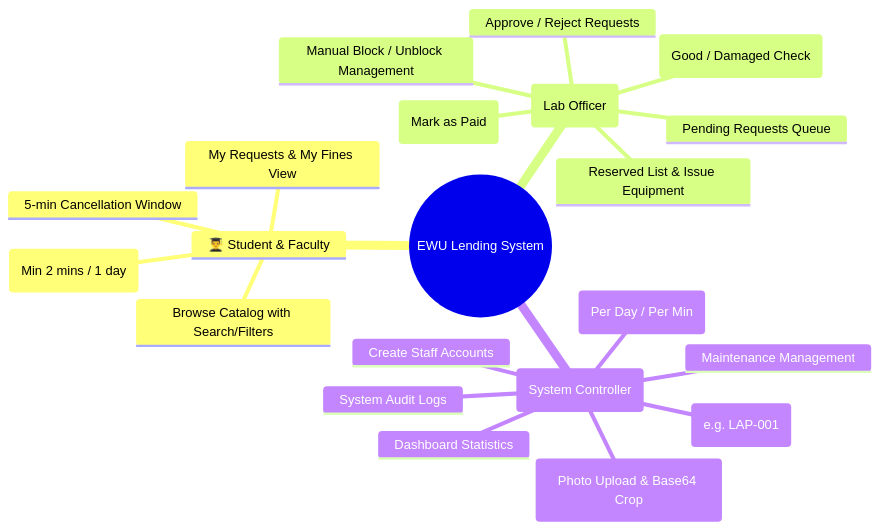
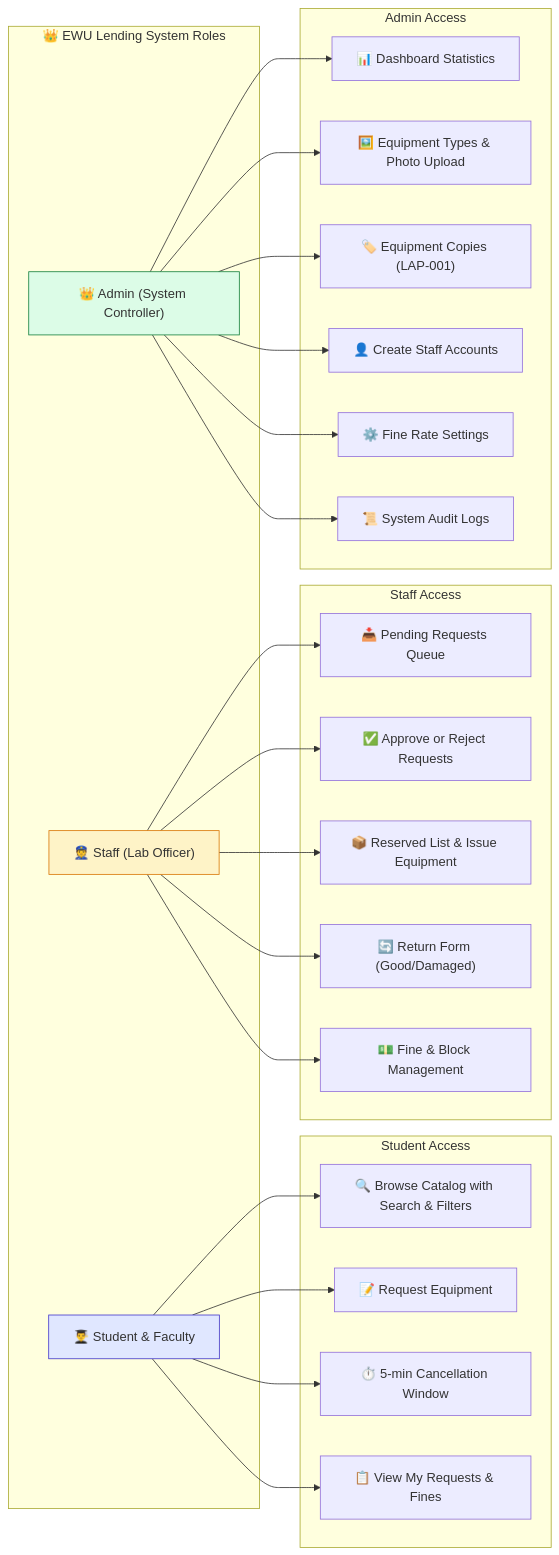
Before and after one commit to CodeWithPritom/EWUELS-Project: the fifth of 5 diagrams in PROJECT_GUIDE_BN.md, drawn with Mermaid. The commit also changed other lines of this file, not shown here.

Commit message:
Fix Mermaid diagram syntax

````diff
--- a/PROJECT_GUIDE_BN.md
+++ b/PROJECT_GUIDE_BN.md
@@ -156,24 +149,51 @@
 ```mermaid
-mindmap
-  root((EWU Lending System))
-    👨‍🎓 Student & Faculty
-      Browse Catalog with Search/Filters
-      Request Equipment (Min 2 mins / 1 day)
-      5-min Cancellation Window
-      My Requests & My Fines View
-    👮 Staff (Lab Officer)
-      Pending Requests Queue
-      Approve / Reject Requests
-      Reserved List & Issue Equipment
-      Return Form (Good / Damaged Check)
-      Fine Management (Mark as Paid)
-      Manual Block / Unblock Management
-    👑 Admin (System Controller)
-      Dashboard Statistics
-      Equipment Types (Photo Upload & Base64 Crop)
-      Equipment Copies Management (e.g. LAP-001)
-      Create Staff Accounts
-      Fine Rate Settings (Per Day / Per Min)
-      System Audit Logs
-      Maintenance Management
+flowchart LR
+    subgraph Roles ["👑 EWU Lending System Roles"]
+        StudentRole["👨‍🎓 Student & Faculty"]
+        StaffRole["👮 Staff (Lab Officer)"]
+        AdminRole["👑 Admin (System Controller)"]
+    end
+
+    subgraph StudentFeatures ["Student Access"]
+        SF1["🔍 Browse Catalog with Search & Filters"]
+        SF2["📝 Request Equipment"]
+        SF3["⏱️ 5-min Cancellation Window"]
+        SF4["📋 View My Requests & Fines"]
+        StudentRole --> SF1
+        StudentRole --> SF2
+        StudentRole --> SF3
+        StudentRole --> SF4
+    end
+
+    subgraph StaffFeatures ["Staff Access"]
+        ST1["📥 Pending Requests Queue"]
+        ST2["✅ Approve or Reject Requests"]
+        ST3["📦 Reserved List & Issue Equipment"]
+        ST4["🔄 Return Form (Good/Damaged)"]
+        ST5["💵 Fine & Block Management"]
+        StaffRole --> ST1
+        StaffRole --> ST2
+        StaffRole --> ST3
+        StaffRole --> ST4
+        StaffRole --> ST5
+    end
+
+    subgraph AdminFeatures ["Admin Access"]
+        AD1["📊 Dashboard Statistics"]
+        AD2["🖼️ Equipment Types & Photo Upload"]
+        AD3["🏷️ Equipment Copies (LAP-001)"]
+        AD4["👤 Create Staff Accounts"]
+        AD5["⚙️ Fine Rate Settings"]
+        AD6["📜 System Audit Logs"]
+        AdminRole --> AD1
+        AdminRole --> AD2
+        AdminRole --> AD3
+        AdminRole --> AD4
+        AdminRole --> AD5
+        AdminRole --> AD6
+    end
+
+    style StudentRole fill:#e0e7ff,stroke:#4338ca
+    style StaffRole fill:#fef3c7,stroke:#d97706
+    style AdminRole fill:#dcfce7,stroke:#15803d
 ```
````
